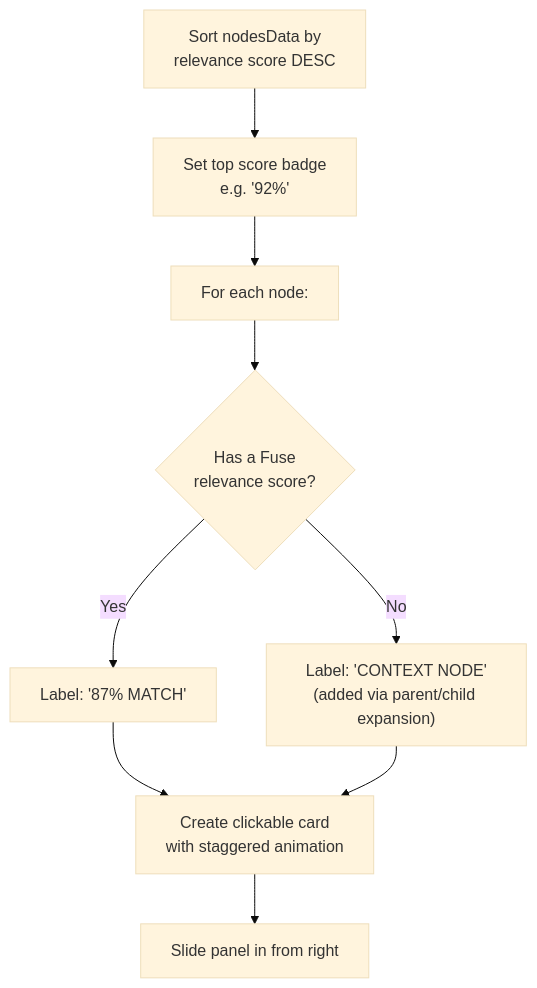
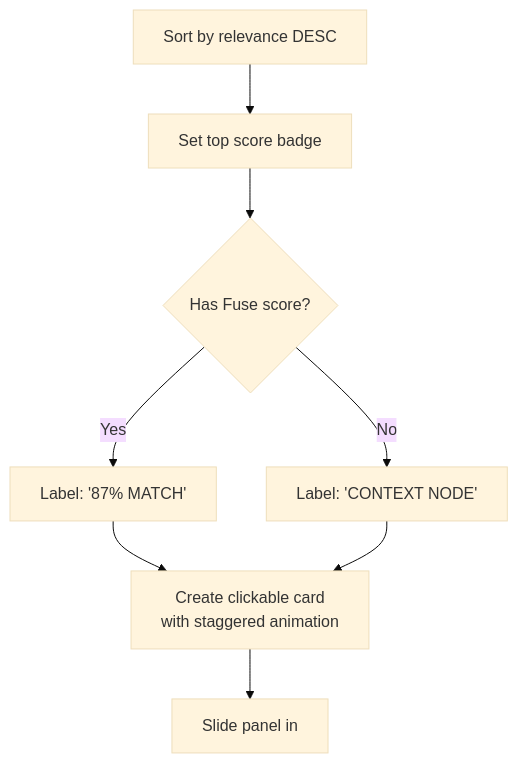
The tenth of 13 diagrams in README.md (Kavyargb/Neuron-IQ), drawn with Mermaid (base theme) before and after one commit. The commit also changed other lines of this file, not shown here.

Commit message:
docs: overhaul README with enhanced formatting, project badges, and detailed architecture documentation

````diff
--- a/README.md
+++ b/README.md
@@ -630,11 +623,10 @@
 ```mermaid
 flowchart TD
-    A["Sort nodesData by<br>relevance score DESC"] --> B["Set top score badge<br>e.g. '92%'"]
-    B --> C["For each node:"]
-    C --> D{"Has a Fuse<br>relevance score?"}
-    D -- "Yes" --> E["Label: '87% MATCH'"]
-    D -- "No" --> F["Label: 'CONTEXT NODE'<br>(added via parent/child expansion)"]
-    E --> G["Create clickable card<br>with staggered animation"]
-    F --> G
-    G --> H["Slide panel in from right"]
+    A["Sort by relevance DESC"] --> B["Set top score badge"]
+    B --> C{"Has Fuse score?"}
+    C -- "Yes" --> D["Label: '87% MATCH'"]
+    C -- "No" --> E["Label: 'CONTEXT NODE'"]
+    D --> F["Create clickable card<br/>with staggered animation"]
+    E --> F
+    F --> G["Slide panel in"]
 ```
````
